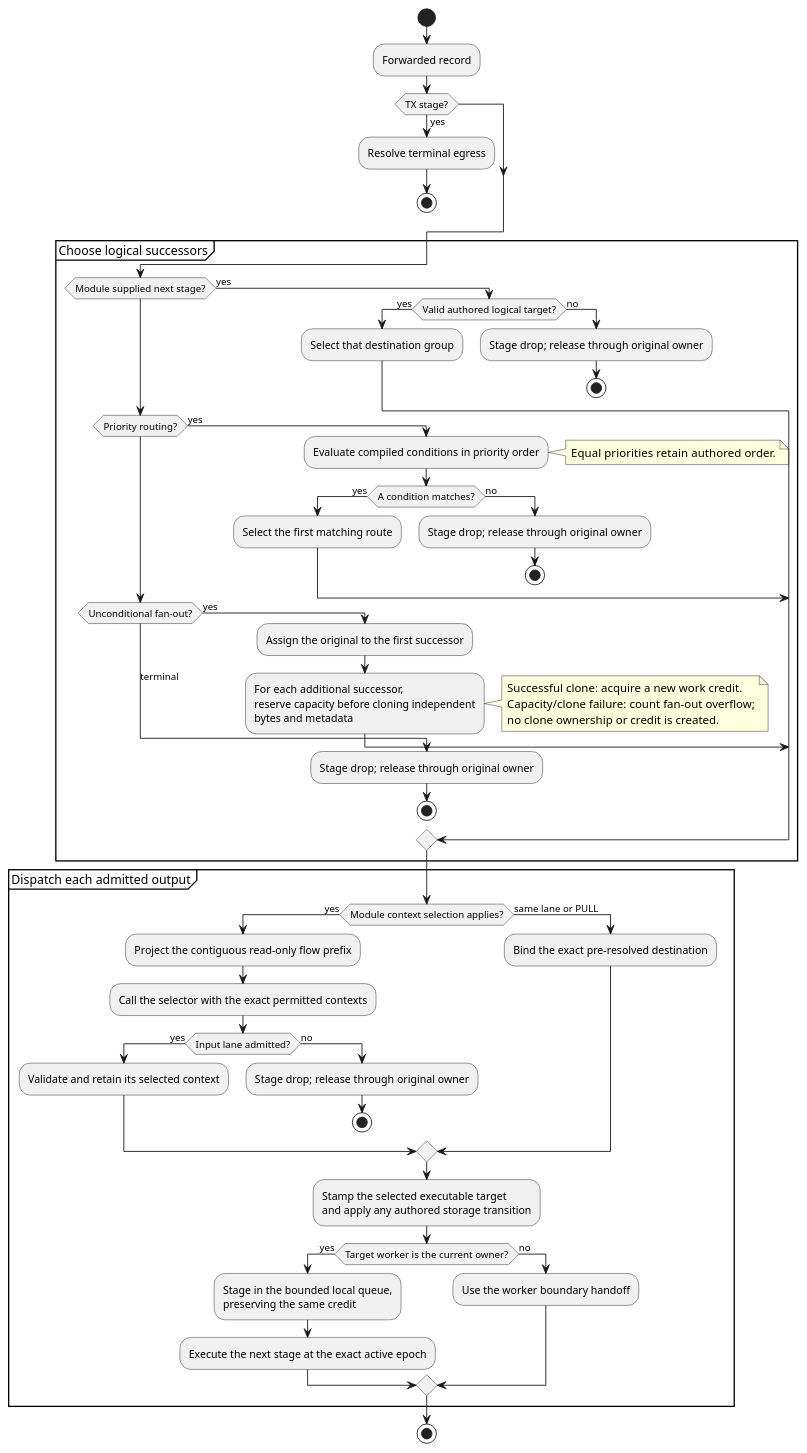
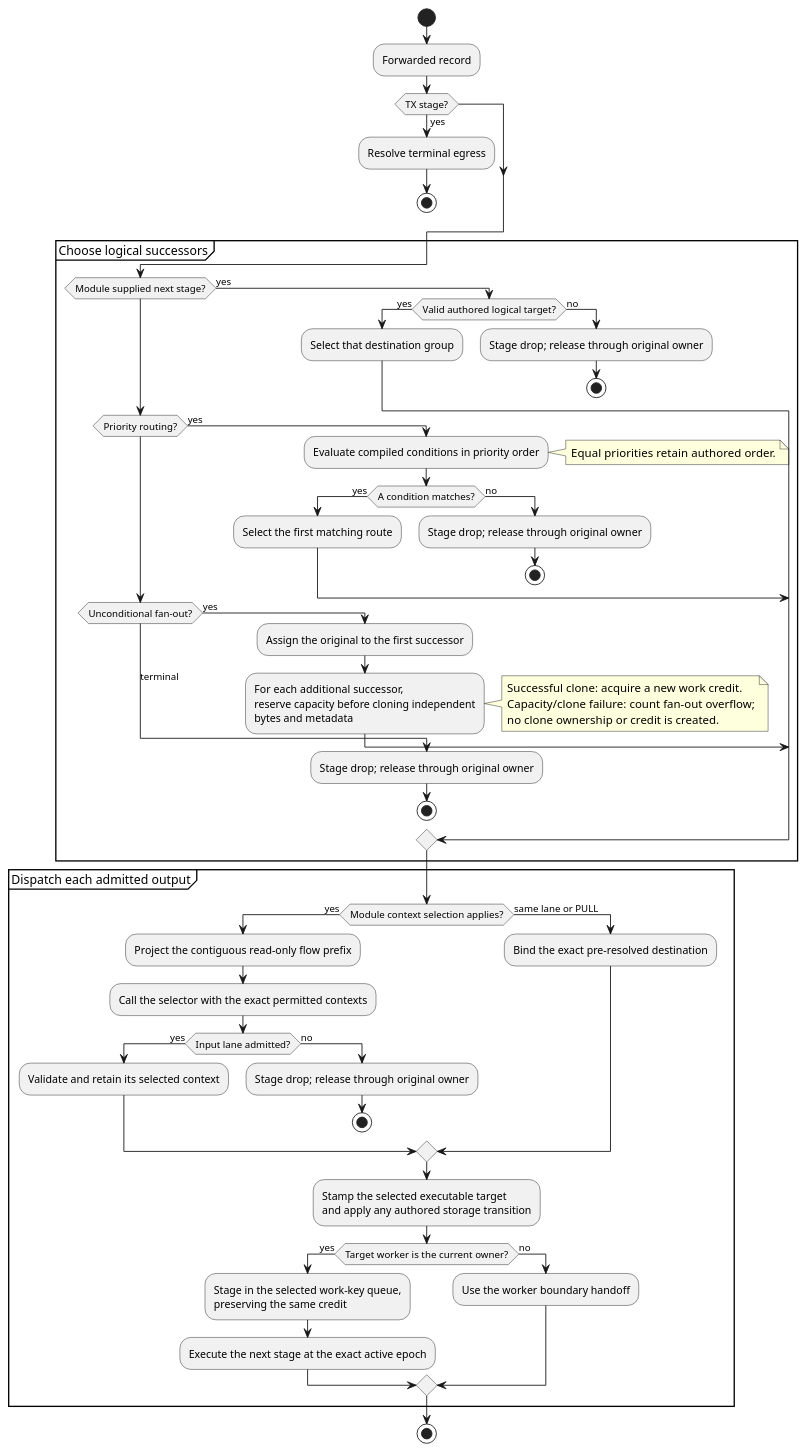
One commit to flemingpatel/kinetum changed diagram 26 of 30 in docs/diagrams/platform_architecture.md. Above: the diagram before and after it, drawn with PlantUML. The commit also changed other lines of this file and 17 other files, not shown here.

````diff
--- a/docs/diagrams/platform_architecture.md
+++ b/docs/diagrams/platform_architecture.md
@@ -2167,67 +2185,67 @@
 ```{uml}
 @startuml
 !pragma useVerticalIf on
 start
 :Forwarded record;
 if (TX stage?) then (yes)
     :Resolve terminal egress;
     stop
 endif
 partition "Choose logical successors" {
     if (Module supplied next stage?) then (yes)
         if (Valid authored logical target?) then (yes)
             :Select that destination group;
         else (no)
             :Stage drop; release through original owner;
             stop
         endif
     elseif (Priority routing?) then (yes)
         :Evaluate compiled conditions in priority order;
         note right: Equal priorities retain authored order.
         if (A condition matches?) then (yes)
             :Select the first matching route;
         else (no)
             :Stage drop; release through original owner;
             stop
         endif
     elseif (Unconditional fan-out?) then (yes)
         :Assign the original to the first successor;
         :For each additional successor,
         reserve capacity before cloning independent
         bytes and metadata;
         note right
           Successful clone: acquire a new work credit.
           Capacity/clone failure: count fan-out overflow;
           no clone ownership or credit is created.
         end note
     else (terminal)
         :Stage drop; release through original owner;
         stop
     endif
 }
 partition "Dispatch each admitted output" {
     if (Module context selection applies?) then (yes)
         :Project the contiguous read-only flow prefix;
         :Call the selector with the exact permitted contexts;
         if (Input lane admitted?) then (yes)
             :Validate and retain its selected context;
         else (no)
             :Stage drop; release through original owner;
             stop
         endif
     else (same lane or PULL)
         :Bind the exact pre-resolved destination;
     endif
     :Stamp the selected executable target
     and apply any authored storage transition;
     if (Target worker is the current owner?) then (yes)
-        :Stage in the bounded local queue,
+        :Stage in the selected work-key queue,
         preserving the same credit;
         :Execute the next stage at the exact active epoch;
     else (no)
         :Use the worker boundary handoff;
     endif
 }
 stop
 @enduml
 ```
````
